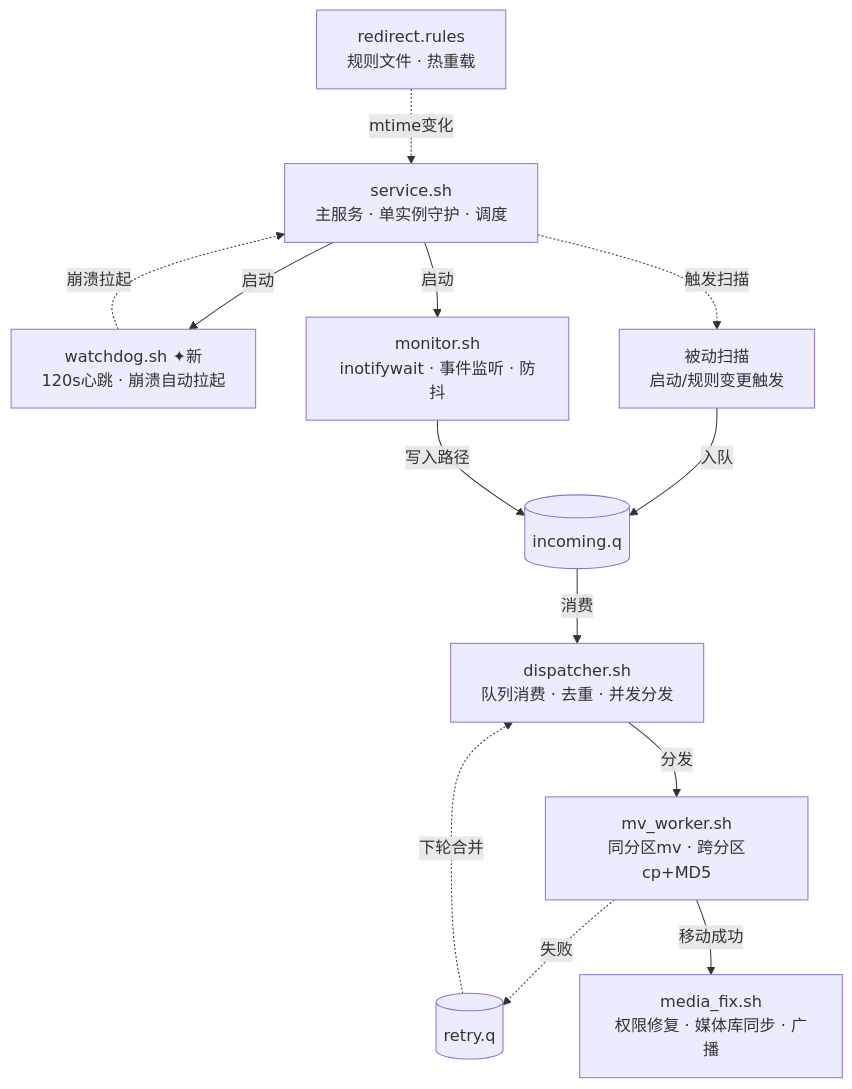
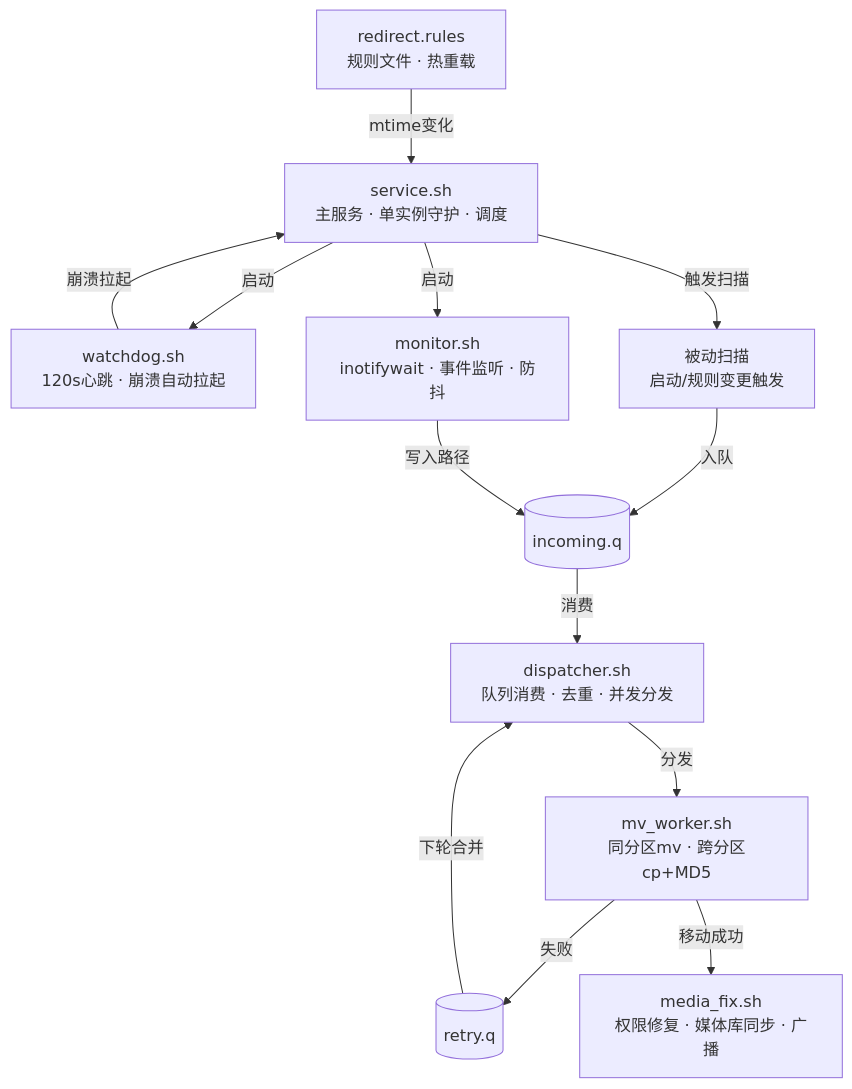
One commit to TWRJSSY/File_Redirector changed the diagram in README.md. Above: the diagram before and after it, drawn with Mermaid.

Commit message:
Add files via GitMob upload

````diff
--- a/README.md
+++ b/README.md
@@ -60,26 +60,26 @@
 ```mermaid
 graph TD
     RU[redirect.rules<br/>规则文件 · 热重载]
     S[service.sh<br/>主服务 · 单实例守护 · 调度]
-    W[watchdog.sh ✦新<br/>120s心跳 · 崩溃自动拉起]
+    W[watchdog.sh<br/>120s心跳 · 崩溃自动拉起]
     M[monitor.sh<br/>inotifywait · 事件监听 · 防抖]
     SC[被动扫描<br/>启动/规则变更触发]
     Q[(incoming.q)]
     D[dispatcher.sh<br/>队列消费 · 去重 · 并发分发]
     V[mv_worker.sh<br/>同分区mv · 跨分区cp+MD5]
     R[(retry.q)]
     F[media_fix.sh<br/>权限修复 · 媒体库同步 · 广播]
 
-    RU -.->|mtime变化| S
+    RU -->|mtime变化| S
     S -->|启动| W
-    W -.->|崩溃拉起| S
+    W -->|崩溃拉起| S
     S -->|启动| M
-    S -.->|触发扫描| SC
+    S -->|触发扫描| SC
     SC -->|入队| Q
     M -->|写入路径| Q
     Q -->|消费| D
     D -->|分发| V
-    V -.->|失败| R
-    R -.->|下轮合并| D
+    V -->|失败| R
+    R -->|下轮合并| D
     V -->|移动成功| F
 ```
````
